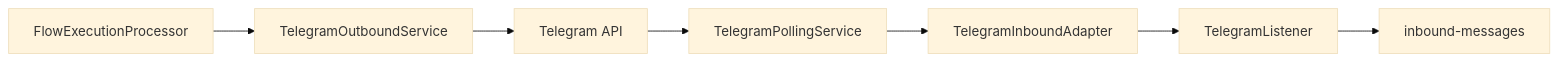
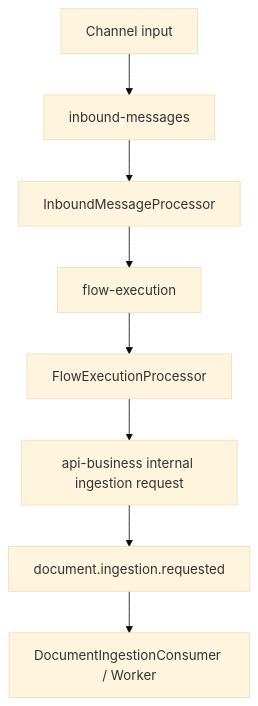
The fourth of 5 diagrams in docs/ARCHITECTURE.md (CiceroDeveloper01/rag-platform), drawn with Mermaid (base theme) before and after one commit. The commit also changed other lines of this file and 191 other files, not shown here.

Commit message:
refactor: consolidate monorepo architecture, async documents flow and platform structure

````diff
--- a/docs/ARCHITECTURE.md
+++ b/docs/ARCHITECTURE.md
@@ -273,9 +135,10 @@
 ```mermaid
-flowchart LR
-    TelegramAPI[Telegram API] --> Polling[TelegramPollingService]
-    Polling --> Adapter[TelegramInboundAdapter]
-    Adapter --> Listener[TelegramListener]
-    Listener --> InboundQ[inbound-messages]
-    FlowProcessor[FlowExecutionProcessor] --> TelegramOutbound[TelegramOutboundService]
-    TelegramOutbound --> TelegramAPI
+flowchart TD
+    Channel[Channel input] --> InboundQ[inbound-messages]
+    InboundQ --> InboundProcessor[InboundMessageProcessor]
+    InboundProcessor --> FlowQ[flow-execution]
+    FlowQ --> FlowProcessor[FlowExecutionProcessor]
+    FlowProcessor --> InternalRequest[api-business internal ingestion request]
+    InternalRequest --> Rabbit[document.ingestion.requested]
+    Rabbit --> DocumentWorker[DocumentIngestionConsumer / Worker]
 ```
````
